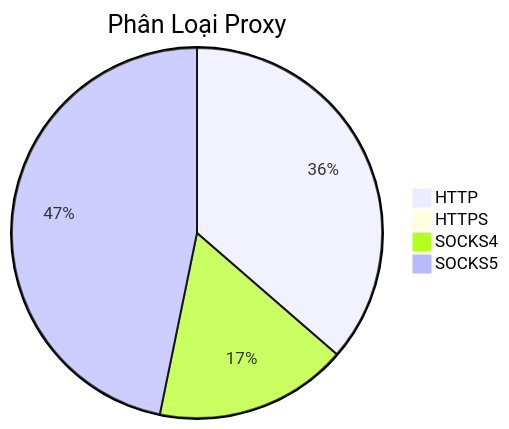
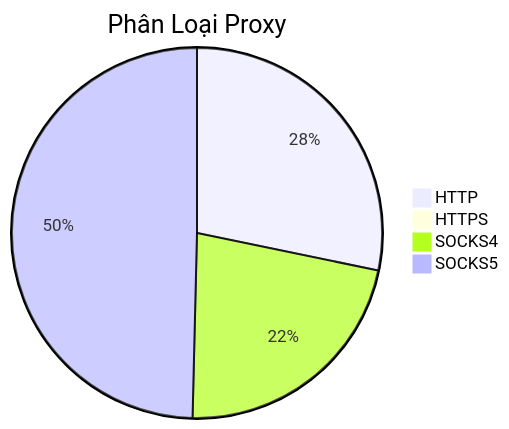
Before and after one commit to Ciara-12/PROXY-free: the diagram in README.md, drawn with Mermaid. The commit also changed other lines of this file and 4 other files, not shown here.

````diff
--- a/README.md
+++ b/README.md
@@ -26,7 +26,7 @@
 ```mermaid
 pie title Phân Loại Proxy
-    "HTTP" : 678
-    "HTTPS" : 5
-    "SOCKS4" : 314
-    "SOCKS5" : 872
+    "HTTP" : 480
+    "HTTPS" : 1
+    "SOCKS4" : 376
+    "SOCKS5" : 843
 ```
````
